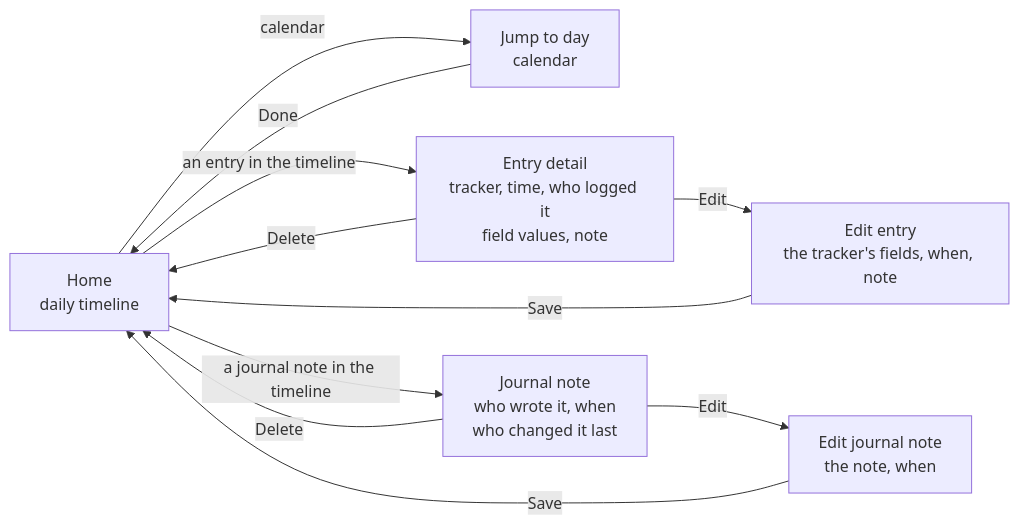
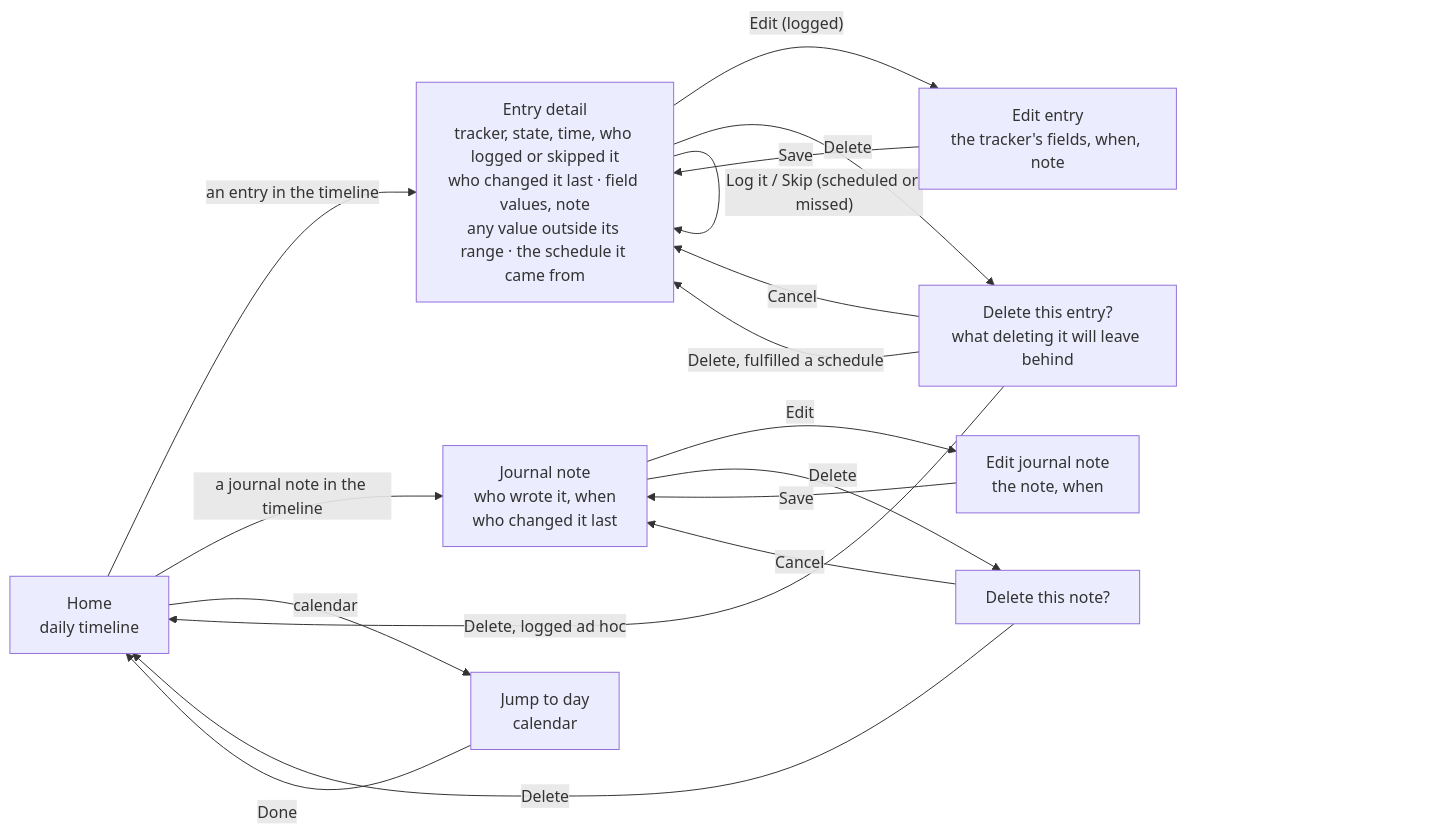
The seventh of 15 diagrams in docs/PRD.md (care-giver-app/caregiver-v2), drawn with Mermaid before and after one commit. The commit also changed other lines of this file and 3 other files, not shown here.

````diff
--- a/docs/PRD.md
+++ b/docs/PRD.md
@@ -442,20 +526,28 @@
 ```mermaid
 flowchart LR
     Home["Home<br/>daily timeline"]
     JumpToDay["Jump to day<br/>calendar"]
-    Entry["Entry detail<br/>tracker, time, who logged it<br/>field values, note"]
+    Entry["Entry detail<br/>tracker, state, time, who logged or skipped it<br/>who changed it last · field values, note<br/>any value outside its range · the schedule it came from"]
     EditEntry["Edit entry<br/>the tracker's fields, when, note"]
+    ConfirmDelete["Delete this entry?<br/>what deleting it will leave behind"]
     JournalNote["Journal note<br/>who wrote it, when<br/>who changed it last"]
     EditNote["Edit journal note<br/>the note, when"]
+    ConfirmDeleteNote["Delete this note?"]
 
     Home -- "an entry in the timeline" --> Entry
     Home -- "a journal note in the timeline" --> JournalNote
     Home -- "calendar" --> JumpToDay
     JumpToDay -- "Done" --> Home
-    Entry -- "Edit" --> EditEntry
-    EditEntry -- "Save" --> Home
-    Entry -- "Delete" --> Home
+    Entry -- "Edit (logged)" --> EditEntry
+    EditEntry -- "Save" --> Entry
+    Entry -- "Log it / Skip (scheduled or missed)" --> Entry
+    Entry -- "Delete" --> ConfirmDelete
+    ConfirmDelete -- "Cancel" --> Entry
+    ConfirmDelete -- "Delete, fulfilled a schedule" --> Entry
+    ConfirmDelete -- "Delete, logged ad hoc" --> Home
     JournalNote -- "Edit" --> EditNote
-    EditNote -- "Save" --> Home
-    JournalNote -- "Delete" --> Home
+    EditNote -- "Save" --> JournalNote
+    JournalNote -- "Delete" --> ConfirmDeleteNote
+    ConfirmDeleteNote -- "Cancel" --> JournalNote
+    ConfirmDeleteNote -- "Delete" --> Home
 ```
````
